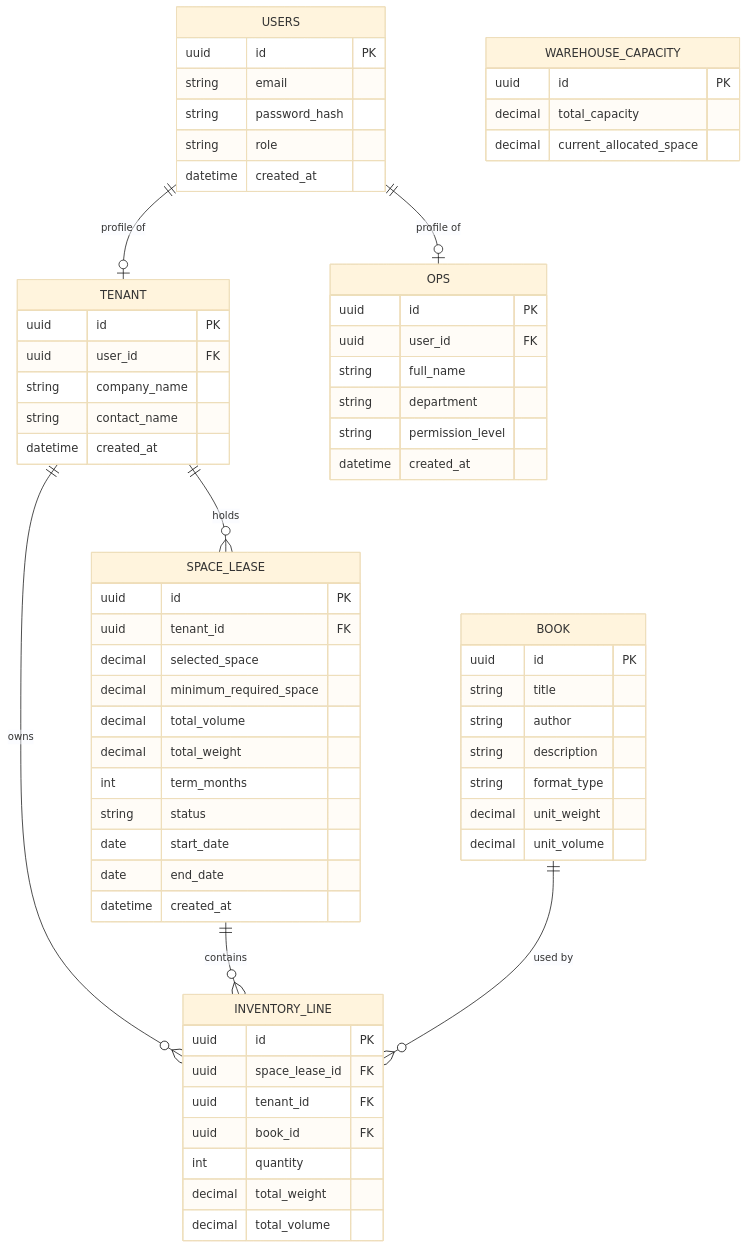
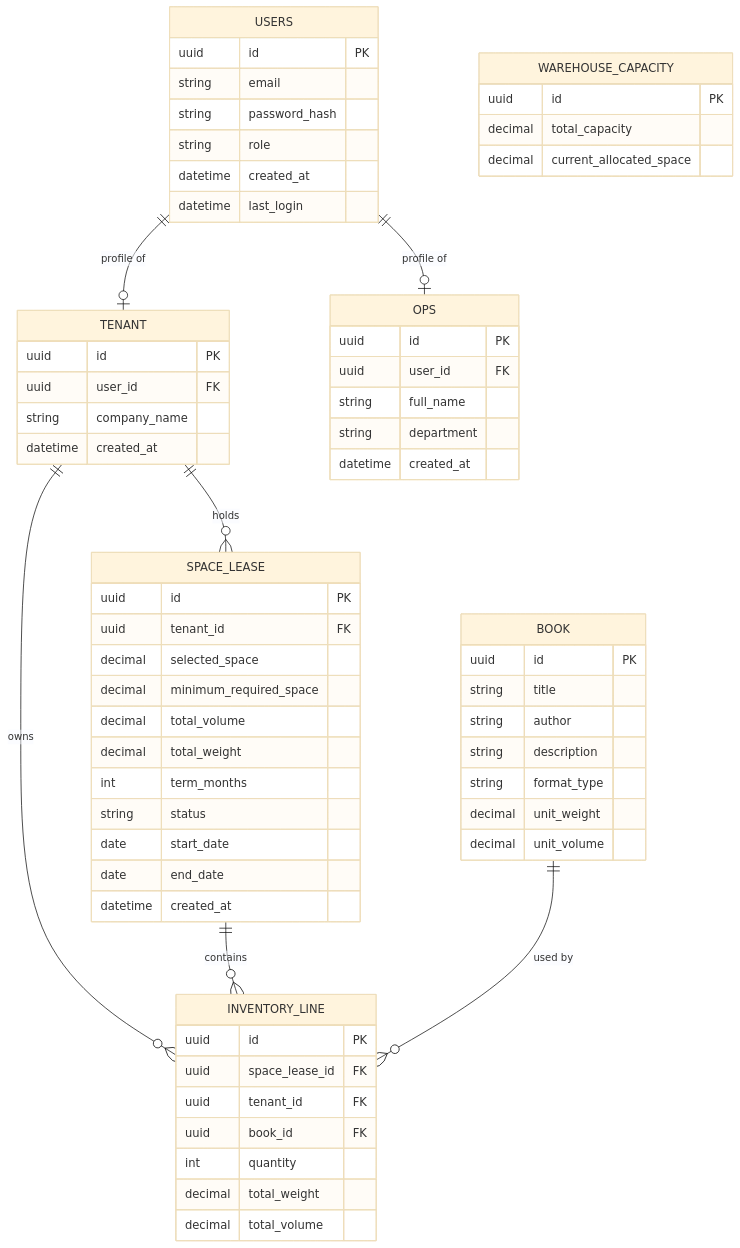
One commit to KAIZER445/warehouse changed the diagram in core_3pl/docs/er.md. Above: the diagram before and after it, drawn with Mermaid (base theme). The commit also changed 6 other files, not shown here.

````diff
--- a/core_3pl/docs/er.md
+++ b/core_3pl/docs/er.md
@@ -3,74 +3,73 @@
 ```mermaid
 erDiagram
     USERS ||--o| TENANT : "profile of"
     USERS ||--o| OPS : "profile of"
     TENANT ||--o{ SPACE_LEASE : holds
     TENANT ||--o{ INVENTORY_LINE : owns
     SPACE_LEASE ||--o{ INVENTORY_LINE : contains
     BOOK ||--o{ INVENTORY_LINE : "used by"
  
     USERS {
         uuid id PK
         string email
         string password_hash
         string role
         datetime created_at
+        datetime last_login
     }
  
     TENANT {
         uuid id PK
         uuid user_id FK
         string company_name
-        string contact_name
         datetime created_at
     }
  
     OPS {
         uuid id PK
         uuid user_id FK
         string full_name
         string department
-        string permission_level
         datetime created_at
     }
  
     BOOK {
         uuid id PK
         string title
         string author
         string description
         string format_type
         decimal unit_weight
         decimal unit_volume
     }
  
     SPACE_LEASE {
         uuid id PK
         uuid tenant_id FK
         decimal selected_space
         decimal minimum_required_space
         decimal total_volume
         decimal total_weight
         int term_months
         string status
         date start_date
         date end_date
         datetime created_at
     }
  
     INVENTORY_LINE {
         uuid id PK
         uuid space_lease_id FK
         uuid tenant_id FK
         uuid book_id FK
         int quantity
         decimal total_weight
         decimal total_volume
     }
  
     WAREHOUSE_CAPACITY {
         uuid id PK
         decimal total_capacity
         decimal current_allocated_space
     }
 ```
````
